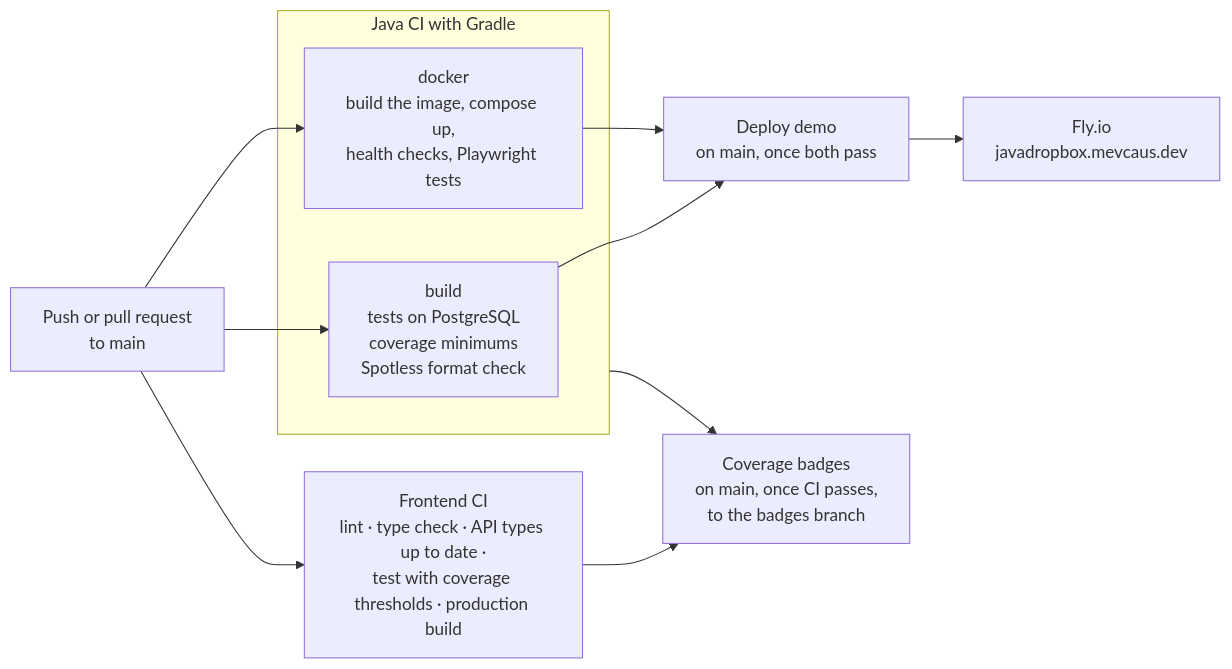
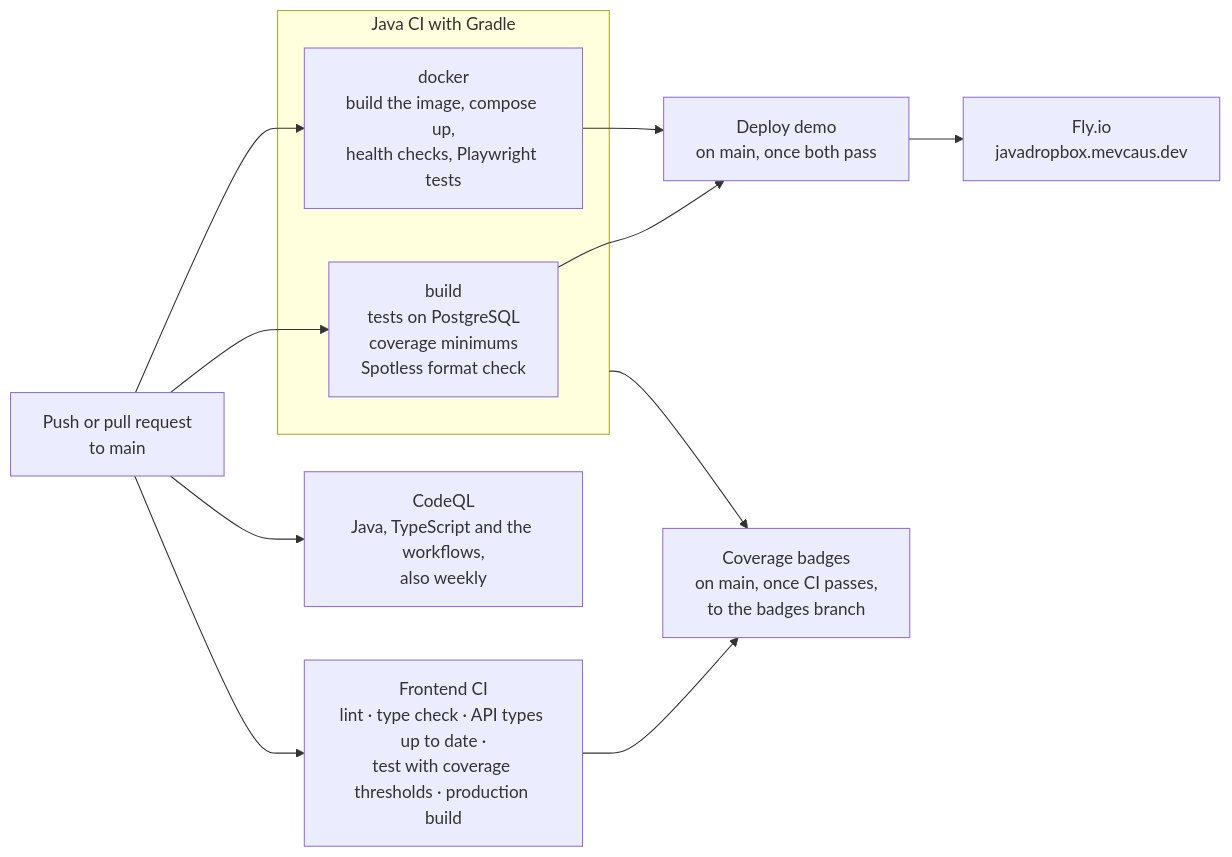
Before and after one commit to mevcaus/JavaDropbox: the sixth of 6 diagrams in README.md, drawn with Mermaid. The commit also changed other lines of this file and 2 other files, not shown here.

Commit message:
run codeql on java, typescript and the workflows

````diff
--- a/README.md
+++ b/README.md
@@ -374,15 +374,16 @@
 ```mermaid
 flowchart LR
     Push["Push or pull request<br/>to main"] --> Build & Docker & Frontend
 
     subgraph Gradle["Java CI with Gradle"]
         Build["build<br/>tests on PostgreSQL<br/>coverage minimums<br/>Spotless format check"]
         Docker["docker<br/>build the image, compose up,<br/>health checks, Playwright tests"]
     end
 
     Frontend["Frontend CI<br/>lint · type check · API types up to date ·<br/>test with coverage thresholds · production build"]
 
     Build & Docker --> Deploy["Deploy demo<br/>on main, once both pass"]
     Deploy --> Fly["Fly.io<br/>javadropbox.mevcaus.dev"]
     Gradle & Frontend --> Badges["Coverage badges<br/>on main, once CI passes,<br/>to the badges branch"]
+    Push --> CodeQL["CodeQL<br/>Java, TypeScript and the workflows,<br/>also weekly"]
 ```
````
